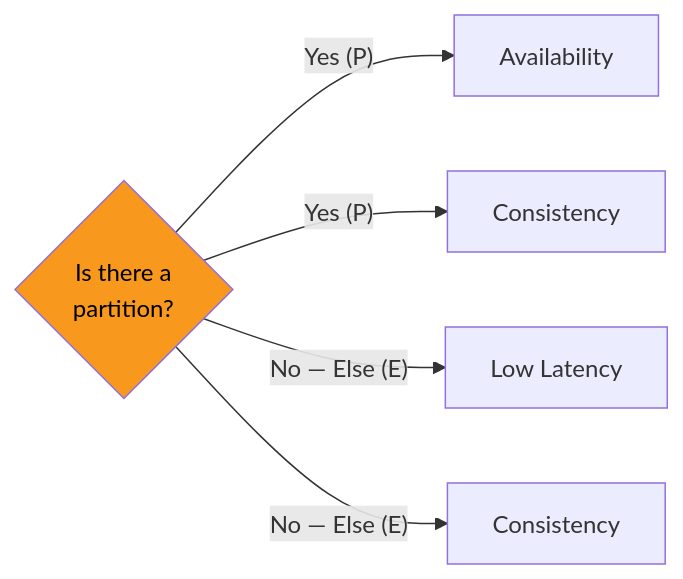
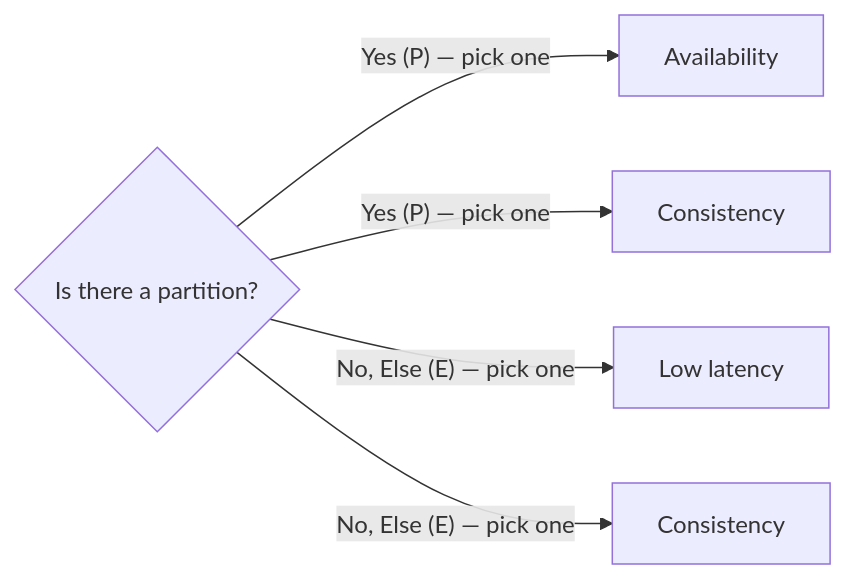
One commit to mohammad-mriesh-job/cortex changed the third of 4 diagrams in src/modules/database/content/09-scaling/03-cap-and-consistency.md. Above: the diagram before and after it, drawn with Mermaid. The commit also changed other lines of this file and 257 other files, not shown here.

````diff
--- a/src/modules/database/content/09-scaling/03-cap-and-consistency.md
+++ b/src/modules/database/content/09-scaling/03-cap-and-consistency.md
@@ -73,9 +70,8 @@
 ```mermaid
 flowchart LR
-    Start{"Is there a<br/>partition?"}
-    Start -->|"Yes (P)"| PA["Availability"]
-    Start -->|"Yes (P)"| PC["Consistency"]
-    Start -->|"No — Else (E)"| EL["Low Latency"]
-    Start -->|"No — Else (E)"| EC["Consistency"]
-    style Start fill:#f8981d,color:#000
+    Start{"Is there a partition?"}
+    Start -->|"Yes (P) — pick one"| PA["Availability"]
+    Start -->|"Yes (P) — pick one"| PC["Consistency"]
+    Start -->|"No, Else (E) — pick one"| EL["Low latency"]
+    Start -->|"No, Else (E) — pick one"| EC["Consistency"]
 ```
````
